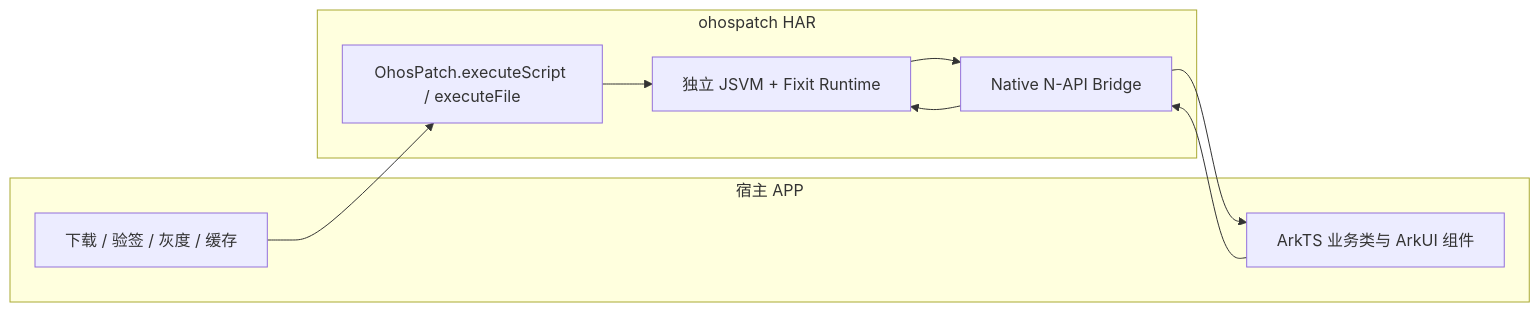
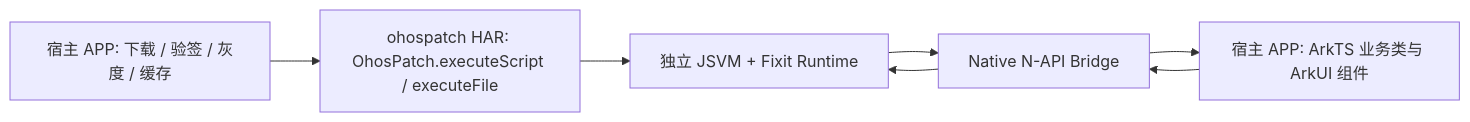
Before and after one commit to rickytan/OhosPatch: the first of 4 diagrams in README.md, drawn with Mermaid. The commit also changed other lines of this file and 6 other files, not shown here.

````diff
--- a/README.md
+++ b/README.md
@@ -55,20 +55,15 @@
 ```mermaid
-flowchart LR
-  subgraph Host["宿主 APP"]
-    Loader["下载 / 验签 / 灰度 / 缓存"]
-    Business["ArkTS 业务类与 ArkUI 组件"]
-  end
-
-  subgraph Har["ohospatch HAR"]
-    API["OhosPatch.executeScript / executeFile"]
-    Native["Native N-API Bridge"]
-    JSVM["独立 JSVM + Fixit Runtime"]
-  end
+graph LR
+  Loader["宿主 APP: 下载 / 验签 / 灰度 / 缓存"]
+  Business["宿主 APP: ArkTS 业务类与 ArkUI 组件"]
+  API["ohospatch HAR: OhosPatch.executeScript / executeFile"]
+  JSVM["独立 JSVM + Fixit Runtime"]
+  Native["Native N-API Bridge"]
 
   Loader --> API
   API --> JSVM
   JSVM --> Native
   Native --> Business
   Business --> Native
   Native --> JSVM
 ```
````
